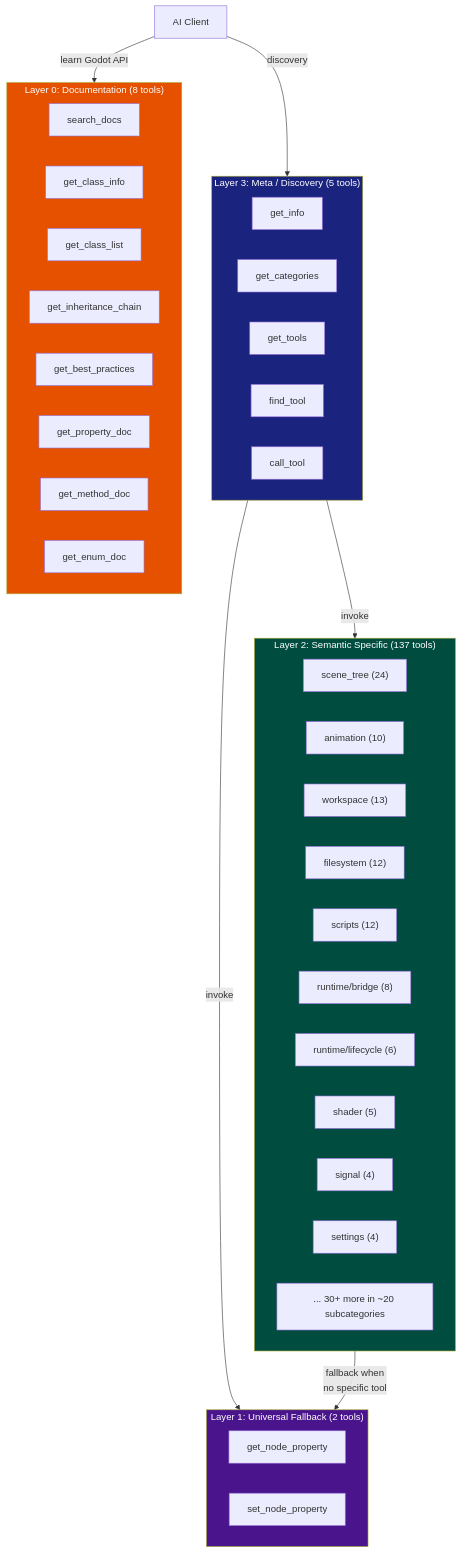
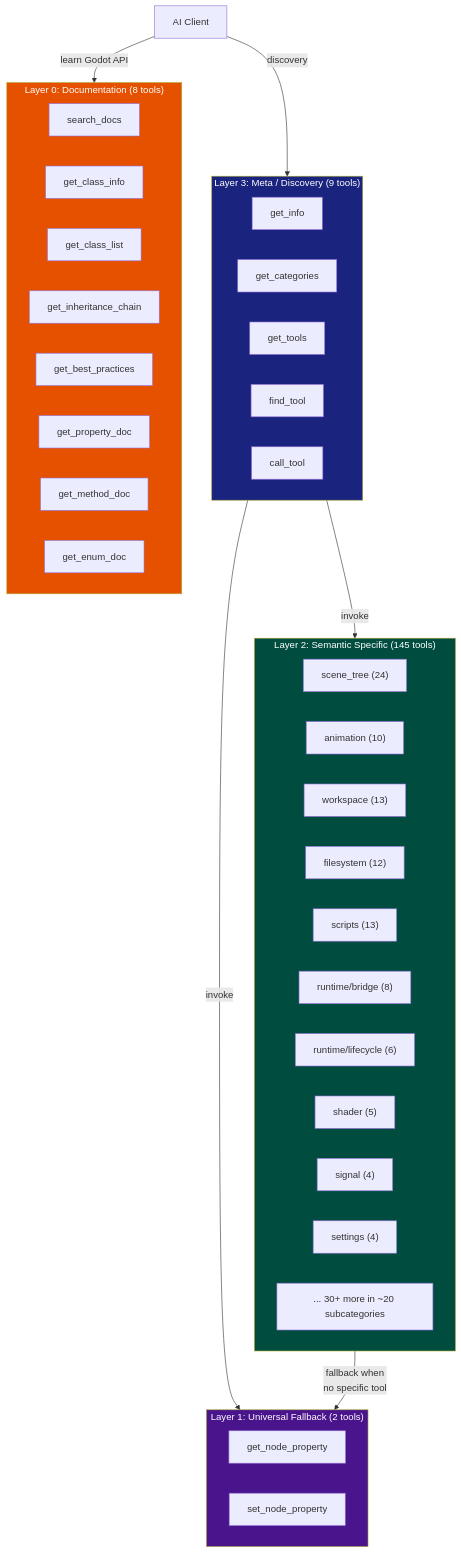
Before and after one commit to jesspig/GodotMCP-GDExtension: the first of 5 diagrams in .repo_wiki/concepts/tool-system-architecture.md, drawn with Mermaid. The commit also changed other lines of this file and 27 other files, not shown here.

````diff
--- a/.repo_wiki/concepts/tool-system-architecture.md
+++ b/.repo_wiki/concepts/tool-system-architecture.md
@@ -31,51 +31,51 @@
 ```mermaid
 flowchart TB
-    subgraph Meta["Layer 3: Meta / Discovery (5 tools)"]
+    subgraph Meta["Layer 3: Meta / Discovery (9 tools)"]
         M1["get_info"]
         M2["get_categories"]
         M3["get_tools"]
         M4["find_tool"]
         M5["call_tool"]
     end
 
-    subgraph Semantic["Layer 2: Semantic Specific (137 tools)"]
+    subgraph Semantic["Layer 2: Semantic Specific (145 tools)"]
         SC["scene_tree (24)"]
         AN["animation (10)"]
         WS["workspace (13)"]
         FS["filesystem (12)"]
-        SCRIPT["scripts (12)"]
+        SCRIPT["scripts (13)"]
         BRIDGE["runtime/bridge (8)"]
         LIFE["runtime/lifecycle (6)"]
         SHADER["shader (5)"]
         SIGNAL["signal (4)"]
         SETTINGS["settings (4)"]
         MORE["... 30+ more in ~20 subcategories"]
     end
 
     subgraph Fallback["Layer 1: Universal Fallback (2 tools)"]
         F1["get_node_property"]
         F2["set_node_property"]
     end
 
     subgraph Docs["Layer 0: Documentation (8 tools)"]
         D1["search_docs"]
         D2["get_class_info"]
         D3["get_class_list"]
         D4["get_inheritance_chain"]
         D5["get_best_practices"]
         D6["get_property_doc"]
         D7["get_method_doc"]
         D8["get_enum_doc"]
     end
 
     AI["AI Client"] -->|discovery| Meta
     Meta -->|invoke| Semantic
     Meta -->|invoke| Fallback
     AI -->|learn Godot API| Docs
     Semantic -->|fallback when<br/>no specific tool| Fallback
 
     style Meta fill:#1a237e,color:#fff
     style Semantic fill:#004d40,color:#fff
     style Fallback fill:#4a148c,color:#fff
     style Docs fill:#e65100,color:#fff
 ```
````
